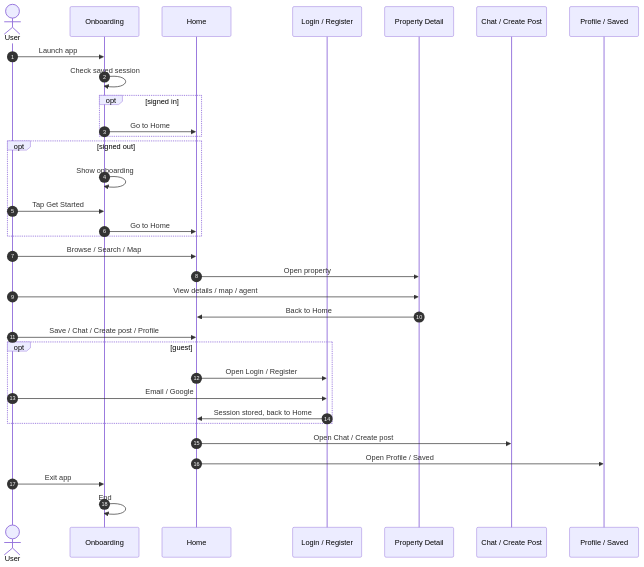
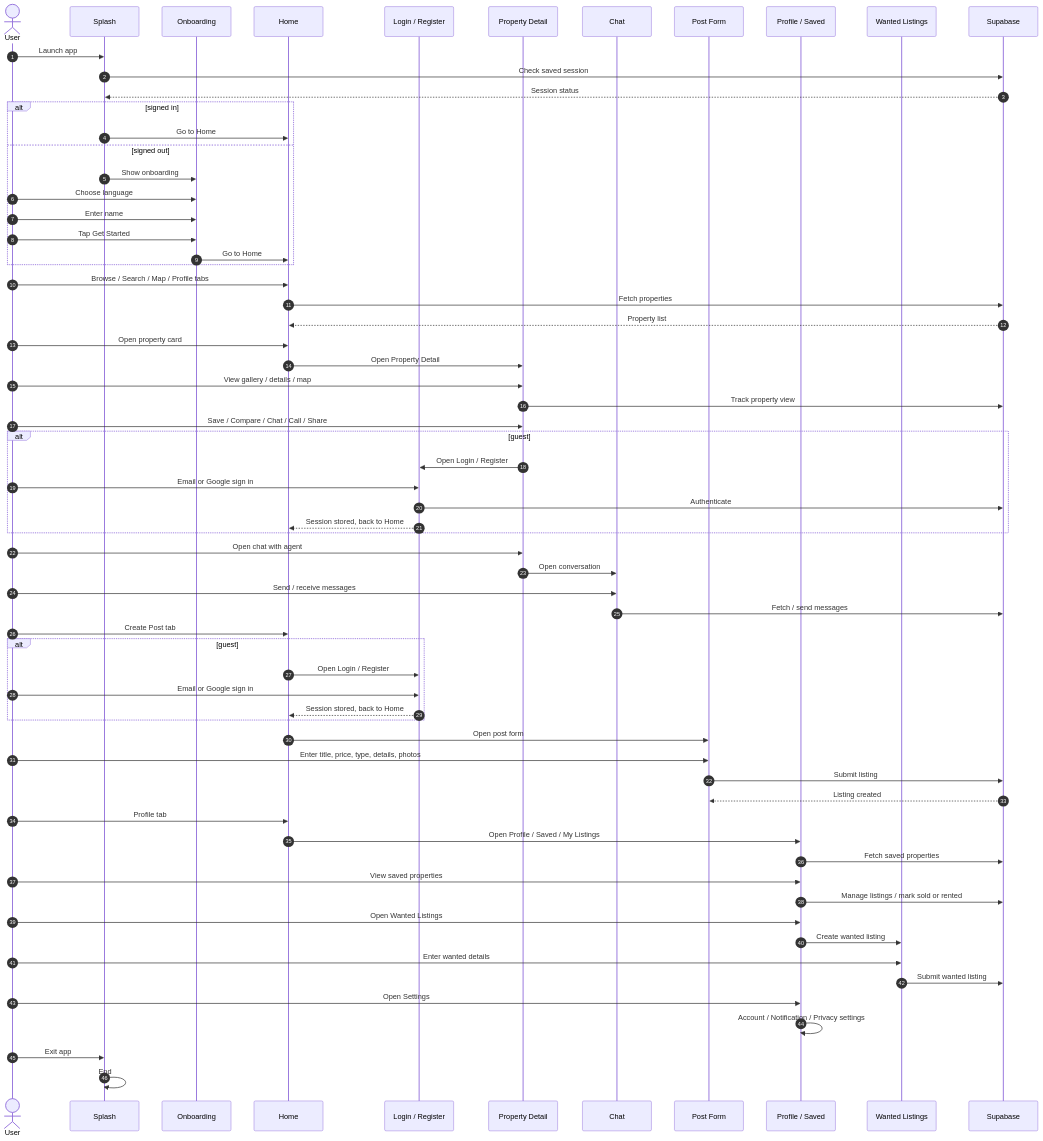
One commit to thetnaung-dev/Internship changed the diagram in docs/diagrams/sequence-app.mmd. Above: the diagram before and after it, drawn with Mermaid. The commit also changed 1 other file, not shown here.

Commit message:
Update sequence diagram to cover the whole app flow

```diff
--- a/docs/diagrams/sequence-app.mmd
+++ b/docs/diagrams/sequence-app.mmd
@@ -1,39 +1,77 @@
 sequenceDiagram
     autonumber
     actor U as User
+    participant S as Splash
     participant O as Onboarding
     participant H as Home
     participant L as Login / Register
     participant D as Property Detail
-    participant C as Chat / Create Post
+    participant C as Chat
+    participant F as Post Form
     participant P as Profile / Saved
+    participant W as Wanted Listings
+    participant DB as Supabase
 
-    U->>O: Launch app
-    O->>O: Check saved session
+    U->>S: Launch app
+    S->>DB: Check saved session
+    DB-->>S: Session status
 
-    opt signed in
-        O->>H: Go to Home
-    end
-
-    opt signed out
-        O->>O: Show onboarding
+    alt signed in
+        S->>H: Go to Home
+    else signed out
+        S->>O: Show onboarding
+        U->>O: Choose language
+        U->>O: Enter name
         U->>O: Tap Get Started
         O->>H: Go to Home
     end
 
-    U->>H: Browse / Search / Map
-    H->>D: Open property
-    U->>D: View details / map / agent
-    D->>H: Back to Home
+    U->>H: Browse / Search / Map / Profile tabs
+    H->>DB: Fetch properties
+    DB-->>H: Property list
 
-    U->>H: Save / Chat / Create post / Profile
-    opt guest
+    U->>H: Open property card
+    H->>D: Open Property Detail
+    U->>D: View gallery / details / map
+    D->>DB: Track property view
+
+    U->>D: Save / Compare / Chat / Call / Share
+    alt guest
+        D->>L: Open Login / Register
+        U->>L: Email or Google sign in
+        L->>DB: Authenticate
+        L-->>H: Session stored, back to Home
+    end
+
+    U->>D: Open chat with agent
+    D->>C: Open conversation
+    U->>C: Send / receive messages
+    C->>DB: Fetch / send messages
+
+    U->>H: Create Post tab
+    alt guest
         H->>L: Open Login / Register
-        U->>L: Email / Google
-        L->>H: Session stored, back to Home
+        U->>L: Email or Google sign in
+        L-->>H: Session stored, back to Home
     end
-    H->>C: Open Chat / Create post
-    H->>P: Open Profile / Saved
+    H->>F: Open post form
+    U->>F: Enter title, price, type, details, photos
+    F->>DB: Submit listing
+    DB-->>F: Listing created
 
-    U->>O: Exit app
-    O->>O: End
+    U->>H: Profile tab
+    H->>P: Open Profile / Saved / My Listings
+    P->>DB: Fetch saved properties
+    U->>P: View saved properties
+    P->>DB: Manage listings / mark sold or rented
+
+    U->>P: Open Wanted Listings
+    P->>W: Create wanted listing
+    U->>W: Enter wanted details
+    W->>DB: Submit wanted listing
+
+    U->>P: Open Settings
+    P->>P: Account / Notification / Privacy settings
+
+    U->>S: Exit app
+    S->>S: End
```
